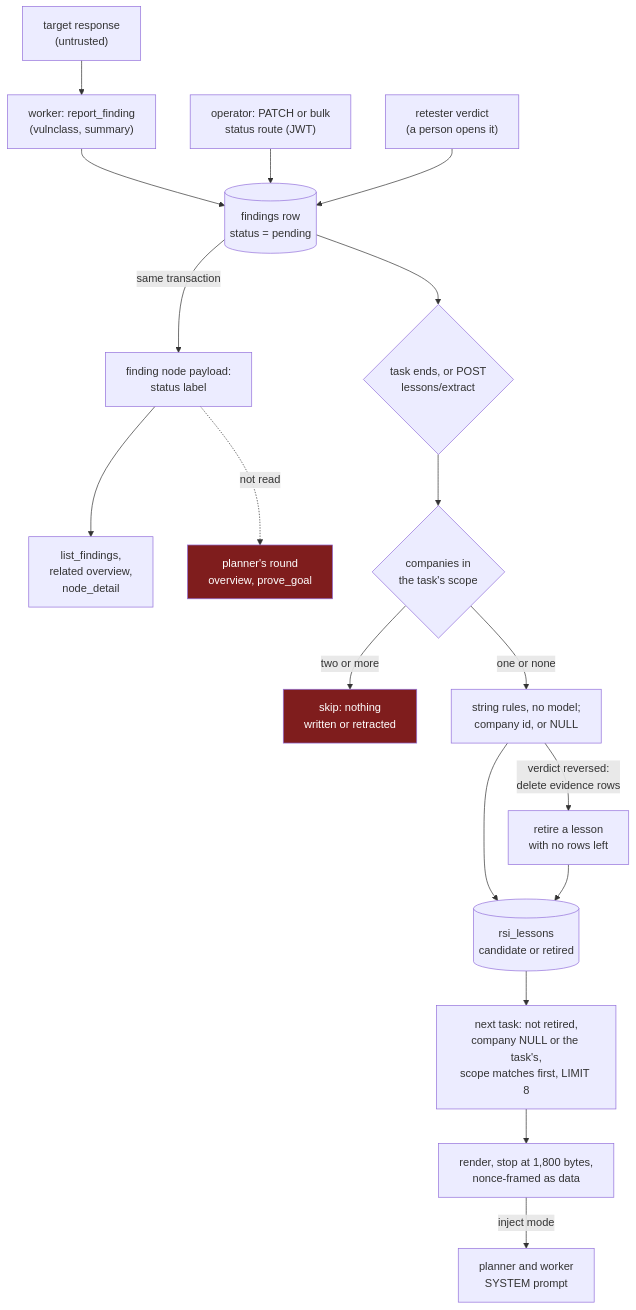
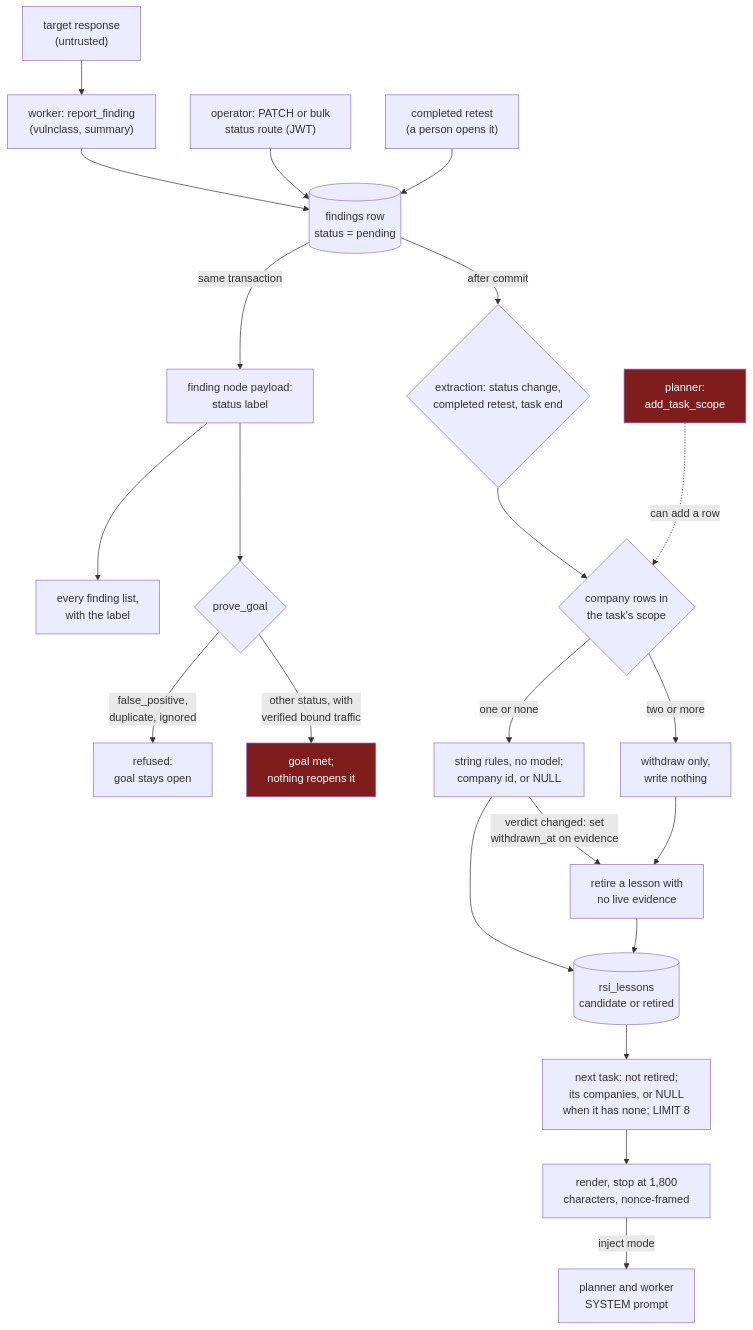
The diagram in content/systems/artex.md (neoneye/agent-memory-atlas), drawn with Mermaid before and after one commit. The commit also changed other lines of this file and 14 other files, not shown here.

````diff
--- a/content/systems/artex.md
+++ b/content/systems/artex.md
@@ -97,23 +99,27 @@
 ```mermaid
-%% caption: a finding's disposition is copied onto the node agents read and gates which lesson a string rule builds; a reversed disposition deletes the lesson's evidence rows and retires it at zero, and the selection serves unretired lessons of the task's company, or of no company, inside a nonce frame
+%% caption: a finding's disposition is copied onto the node agents read, refused as goal proof when false positive, and gates which lesson a string rule builds; a changed disposition marks the lesson's evidence withdrawn and retires it at zero live rows, and the selection serves unretired lessons of the task's companies, or company-less lessons to a company-less task, inside a nonce frame
 flowchart TD
     T["target response<br/>(untrusted)"] --> W["worker: report_finding<br/>(vulnclass, summary)"]
     W --> F[("findings row<br/>status = pending")]
     OP["operator: PATCH or bulk<br/>status route (JWT)"] --> F
-    RT["retester verdict<br/>(a person opens it)"] --> F
+    RT["completed retest<br/>(a person opens it)"] --> F
     F -->|"same transaction"| N["finding node payload:<br/>status label"]
-    N --> LF["list_findings,<br/>related overview,<br/>node_detail"]
-    N -.->|"not read"| OV["planner's round<br/>overview, prove_goal"]
-    F --> X{"task ends, or POST<br/>lessons/extract"}
-    X --> MC{"companies in<br/>the task's scope"}
-    MC -->|"two or more"| NONE["skip: nothing<br/>written or retracted"]
+    N --> LF["every finding list,<br/>with the label"]
+    N --> PG{"prove_goal"}
+    PG -->|"false_positive,<br/>duplicate, ignored"| REF["refused:<br/>goal stays open"]
+    PG -->|"other status, with<br/>verified bound traffic"| MET["goal met;<br/>nothing reopens it"]
+    F -->|"after commit"| X{"extraction: status change,<br/>completed retest, task end"}
+    X --> MC{"company rows in<br/>the task's scope"}
+    PL["planner:<br/>add_task_scope"] -.->|"can add a row"| MC
+    MC -->|"two or more"| RO["withdraw only,<br/>write nothing"]
     MC -->|"one or none"| EX["string rules, no model;<br/>company id, or NULL"]
     EX --> L[("rsi_lessons<br/>candidate or retired")]
-    EX -->|"verdict reversed:<br/>delete evidence rows"| RET["retire a lesson<br/>with no rows left"]
+    EX -->|"verdict changed: set<br/>withdrawn_at on evidence"| RET["retire a lesson with<br/>no live evidence"]
+    RO --> RET
     RET --> L
-    L --> SEL["next task: not retired,<br/>company NULL or the task's,<br/>scope matches first, LIMIT 8"]
-    SEL --> R["render, stop at 1,800 bytes,<br/>nonce-framed as data"]
+    L --> SEL["next task: not retired;<br/>its companies, or NULL<br/>when it has none; LIMIT 8"]
+    SEL --> R["render, stop at 1,800<br/>characters, nonce-framed"]
     R -->|"inject mode"| SYS["planner and worker<br/>SYSTEM prompt"]
-    style OV fill:#7f1d1d,color:#fff
-    style NONE fill:#7f1d1d,color:#fff
+    style MET fill:#7f1d1d,color:#fff
+    style PL fill:#7f1d1d,color:#fff
 ```
````
